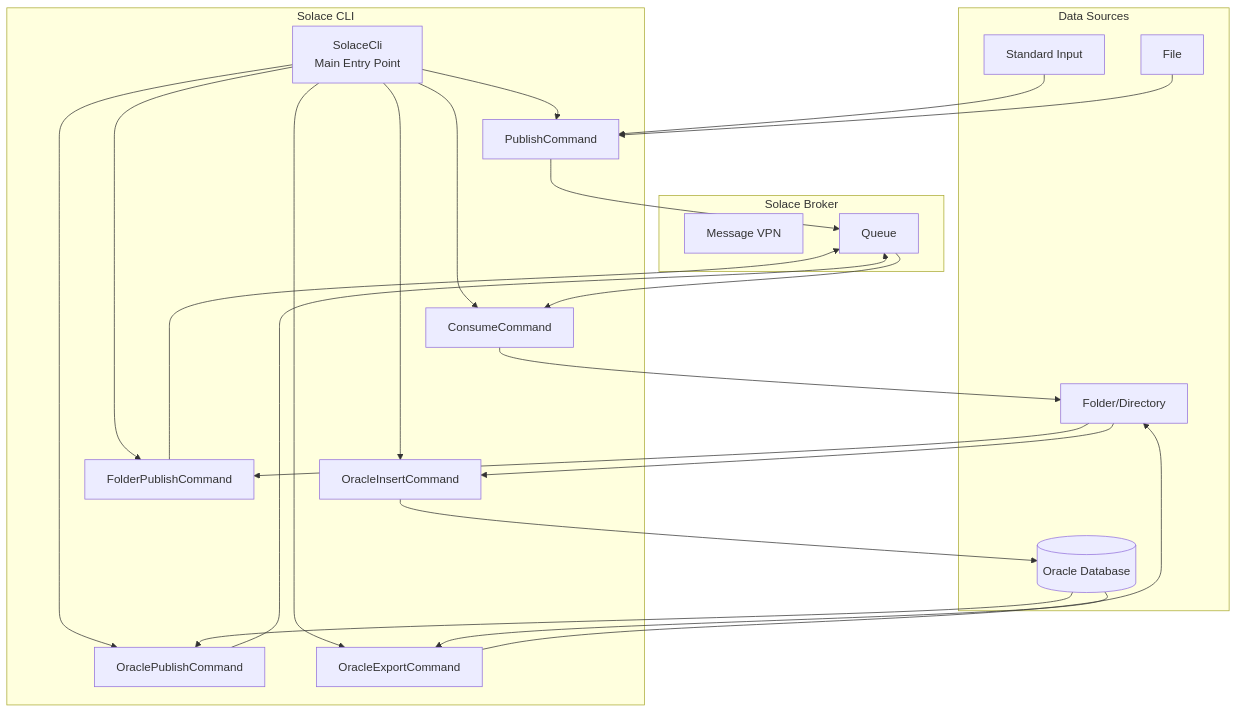
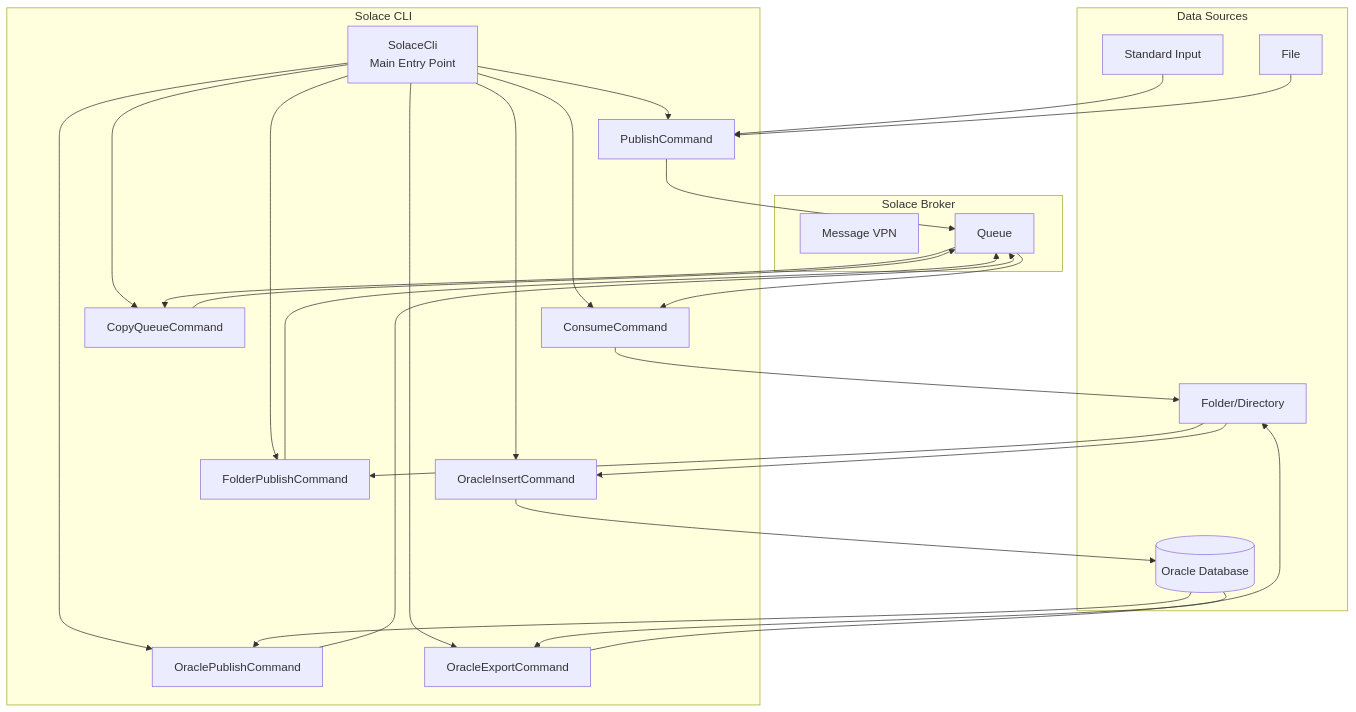
Before and after one commit to OptimalMatch/reference-java-commandline-oracle-solace: the first of 18 diagrams in README.md, drawn with Mermaid. The commit also changed other lines of this file and 12 other files, not shown here.

First line of the commit message:
Add second queue fan-out and copy-queue command (#3)

````diff
--- a/README.md
+++ b/README.md
@@ -7,46 +7,50 @@
 ```mermaid
 graph TB
     subgraph "Solace CLI"
         CLI[SolaceCli<br/>Main Entry Point]
         PUB[PublishCommand]
         CON[ConsumeCommand]
+        COPY[CopyQueueCommand]
         ORA[OraclePublishCommand]
         EXP[OracleExportCommand]
         INS[OracleInsertCommand]
         DIR[FolderPublishCommand]
 
         CLI --> PUB
         CLI --> CON
+        CLI --> COPY
         CLI --> ORA
         CLI --> EXP
         CLI --> INS
         CLI --> DIR
     end
 
     subgraph "Data Sources"
         STDIN[Standard Input]
         FILE[File]
         FOLDER[Folder/Directory]
         DB[(Oracle Database)]
     end
 
     subgraph "Solace Broker"
         VPN[Message VPN]
         QUEUE[Queue]
     end
 
     STDIN --> PUB
     FILE --> PUB
     FOLDER --> DIR
     FOLDER --> INS
     DB --> ORA
     DB --> EXP
     EXP --> FOLDER
     INS --> DB
     CON --> FOLDER
 
     PUB --> QUEUE
     ORA --> QUEUE
     DIR --> QUEUE
     QUEUE --> CON
+    QUEUE --> COPY
+    COPY --> QUEUE
 ```
````
